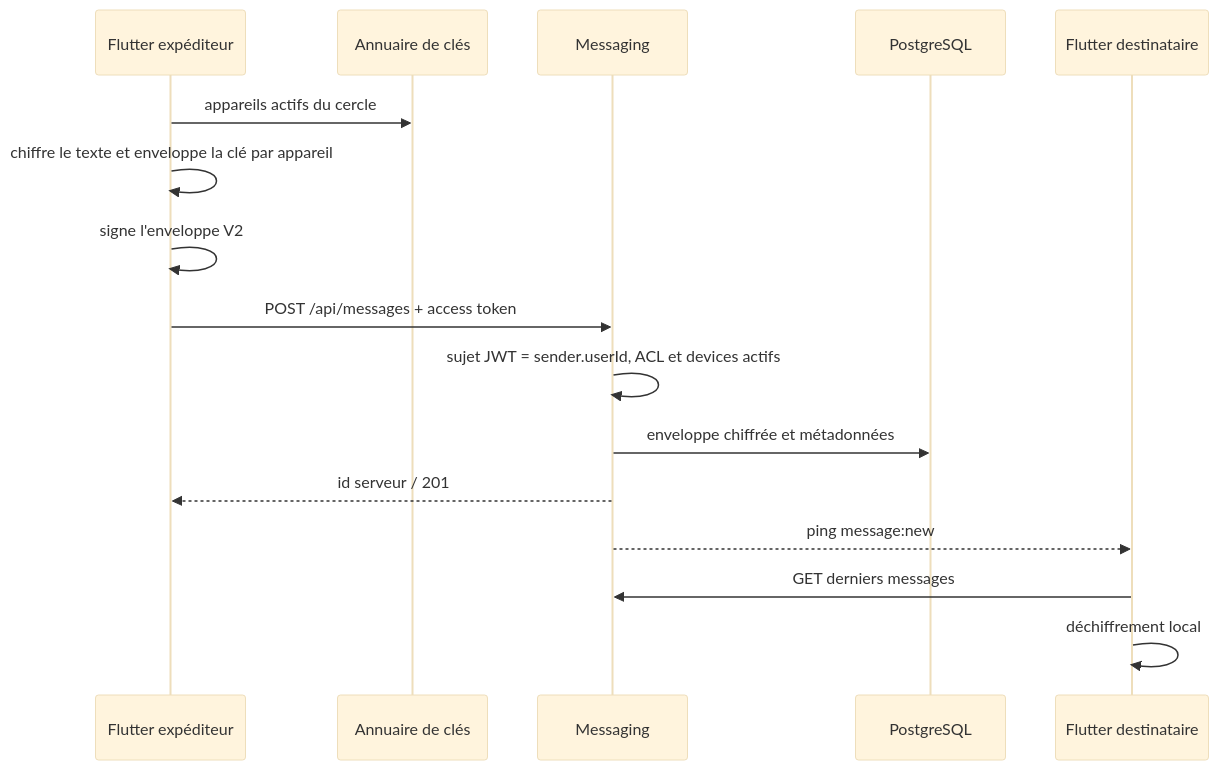
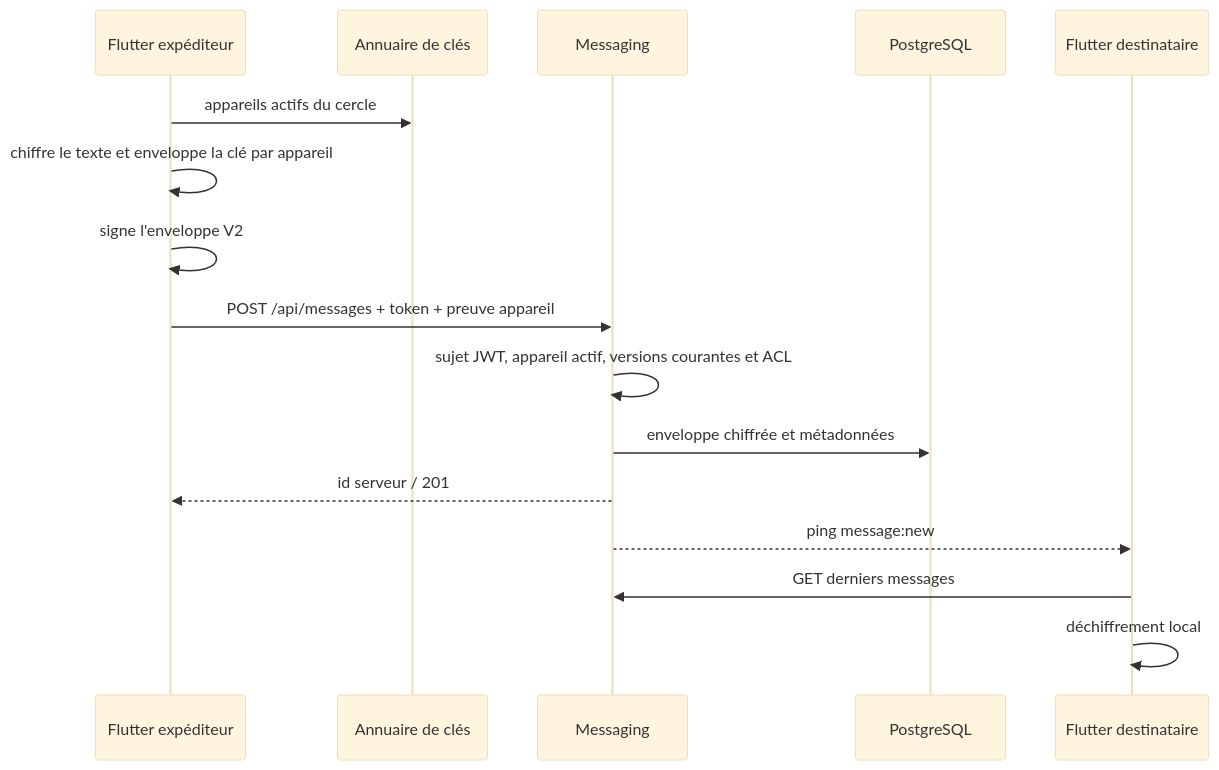
Before and after one commit to antoroute/project-app: the third of 3 diagrams in docs/architecture/FUNCTIONAL_REFERENCE.md, drawn with Mermaid (base theme). The commit also changed other lines of this file and 57 other files, not shown here.

````diff
--- a/docs/architecture/FUNCTIONAL_REFERENCE.md
+++ b/docs/architecture/FUNCTIONAL_REFERENCE.md
@@ -212,18 +241,18 @@
 ```mermaid
 sequenceDiagram
     participant F as Flutter expéditeur
     participant K as Annuaire de clés
     participant M as Messaging
     participant P as PostgreSQL
     participant R as Flutter destinataire
     F->>K: appareils actifs du cercle
     F->>F: chiffre le texte et enveloppe la clé par appareil
     F->>F: signe l'enveloppe V2
-    F->>M: POST /api/messages + access token
-    M->>M: sujet JWT = sender.userId, ACL et devices actifs
+    F->>M: POST /api/messages + token + preuve appareil
+    M->>M: sujet JWT, appareil actif, versions courantes et ACL
     M->>P: enveloppe chiffrée et métadonnées
     M-->>F: id serveur / 201
     M-->>R: ping message:new
     R->>M: GET derniers messages
     R->>R: déchiffrement local
 ```
````
